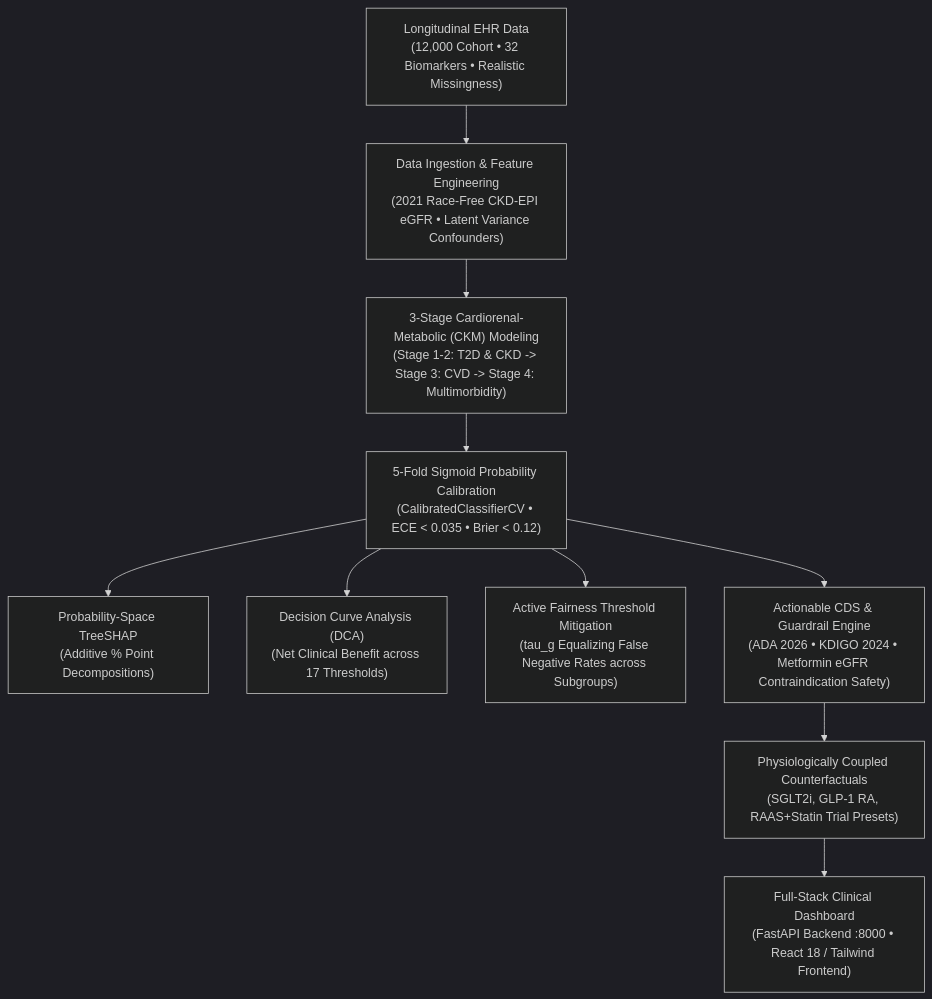
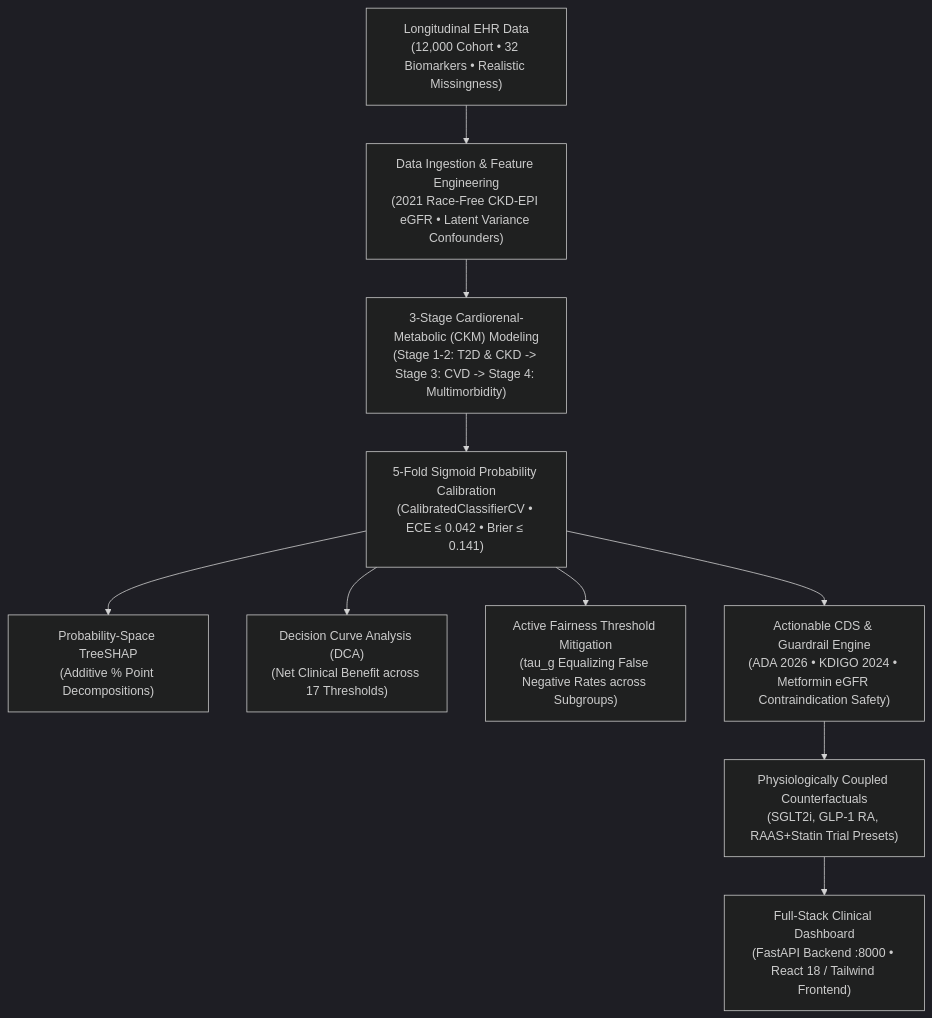
Before and after one commit to armageden/vitarisk-cds: the diagram in README.md, drawn with Mermaid (dark theme). The commit also changed other lines of this file and 37 other files, not shown here.

````diff
--- a/README.md
+++ b/README.md
@@ -81,12 +81,12 @@
 ```mermaid
 flowchart TD
     A["Longitudinal EHR Data<br/>(12,000 Cohort • 32 Biomarkers • Realistic Missingness)"] --> B["Data Ingestion & Feature Engineering<br/>(2021 Race-Free CKD-EPI eGFR • Latent Variance Confounders)"]
     B --> C["3-Stage Cardiorenal-Metabolic (CKM) Modeling<br/>(Stage 1-2: T2D & CKD -> Stage 3: CVD -> Stage 4: Multimorbidity)"]
-    C --> D["5-Fold Sigmoid Probability Calibration<br/>(CalibratedClassifierCV • ECE &lt; 0.035 • Brier &lt; 0.12)"]
+    C --> D["5-Fold Sigmoid Probability Calibration<br/>(CalibratedClassifierCV • ECE ≤ 0.042 • Brier ≤ 0.141)"]
     D --> E["Probability-Space TreeSHAP<br/>(Additive % Point Decompositions)"]
     D --> F["Decision Curve Analysis (DCA)<br/>(Net Clinical Benefit across 17 Thresholds)"]
     D --> G["Active Fairness Threshold Mitigation<br/>(tau_g Equalizing False Negative Rates across Subgroups)"]
     D --> H["Actionable CDS & Guardrail Engine<br/>(ADA 2026 • KDIGO 2024 • Metformin eGFR Contraindication Safety)"]
     H --> I["Physiologically Coupled Counterfactuals<br/>(SGLT2i, GLP-1 RA, RAAS+Statin Trial Presets)"]
     I --> J["Full-Stack Clinical Dashboard<br/>(FastAPI Backend :8000 • React 18 / Tailwind Frontend)"]
 ```
````
